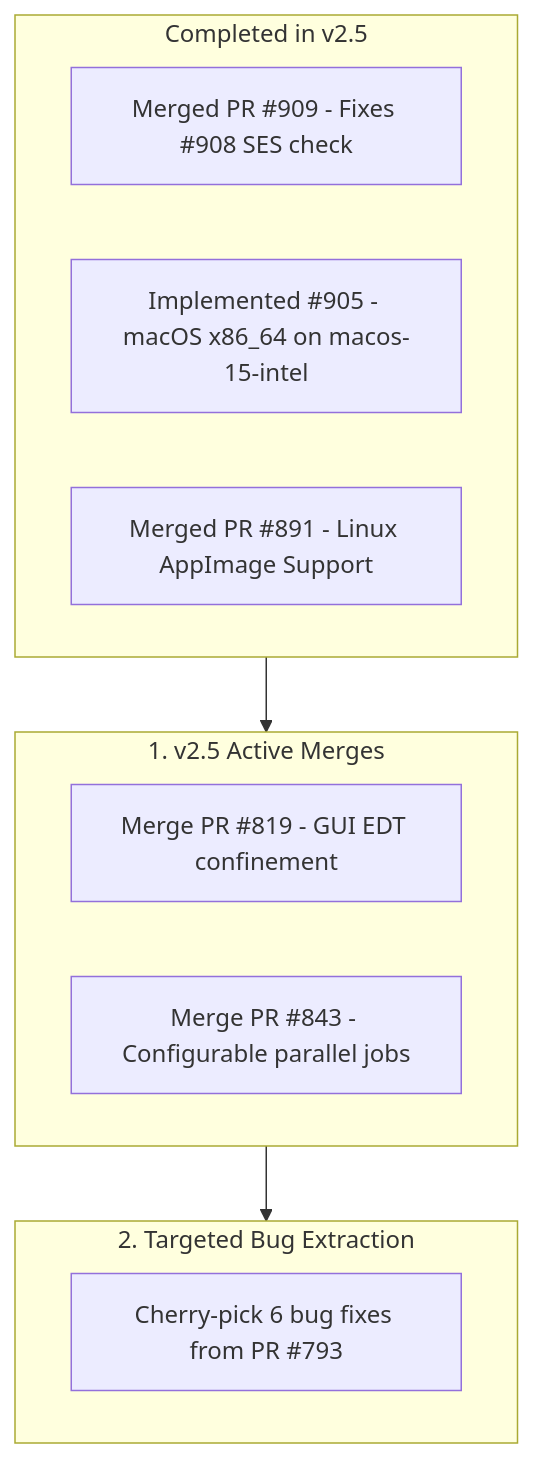
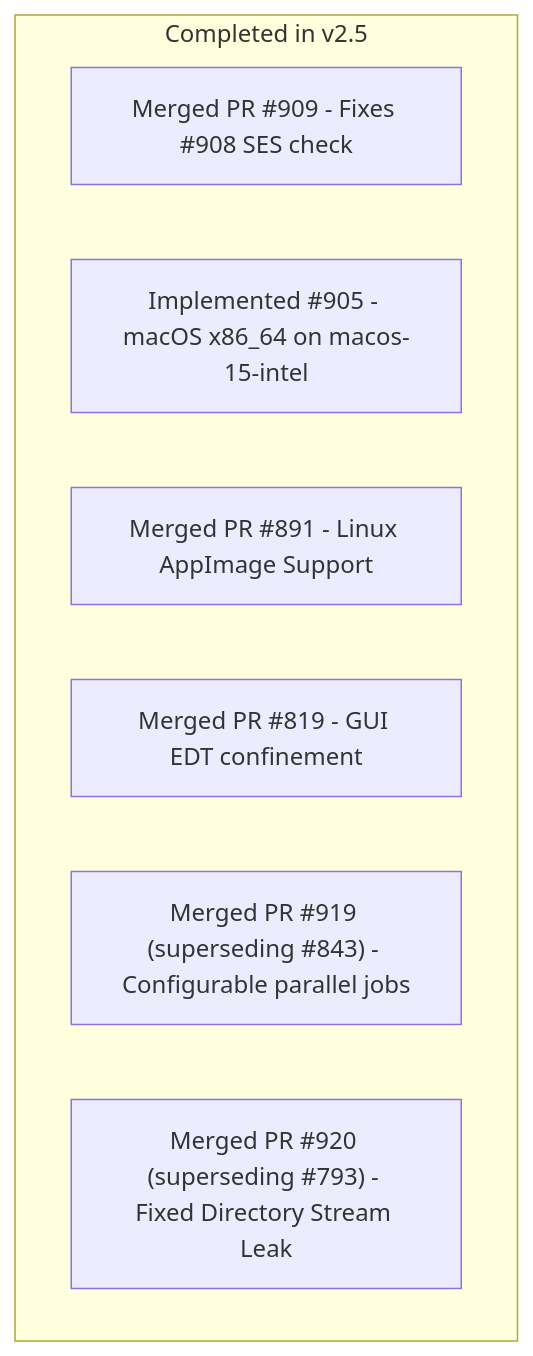
The diagram in docs/research/backlog_triage_and_investigation_notes.md (freerouting/freerouting), drawn with Mermaid before and after one commit. The commit also changed other lines of this file and 3 other files, not shown here.

````diff
--- a/docs/research/backlog_triage_and_investigation_notes.md
+++ b/docs/research/backlog_triage_and_investigation_notes.md
@@ -181,20 +179,11 @@
 ```mermaid
 flowchart TD
     subgraph Done ["Completed in v2.5"]
         A["Merged PR #909 - Fixes #908 SES check"]
         D["Implemented #905 - macOS x86_64 on macos-15-intel"]
         E["Merged PR #891 - Linux AppImage Support"]
+        B["Merged PR #819 - GUI EDT confinement"]
+        C["Merged PR #919 (superseding #843) - Configurable parallel jobs"]
+        F["Merged PR #920 (superseding #793) - Fixed Directory Stream Leak"]
     end
-
-    subgraph Immediate ["1. v2.5 Active Merges"]
-        B["Merge PR #819 - GUI EDT confinement"]
-        C["Merge PR #843 - Configurable parallel jobs"]
-    end
-
-    subgraph EngineFixes ["2. Targeted Bug Extraction"]
-        F["Cherry-pick 6 bug fixes from PR #793"]
-    end
-
-    Done --> Immediate
-    Immediate --> EngineFixes
 ```
````
